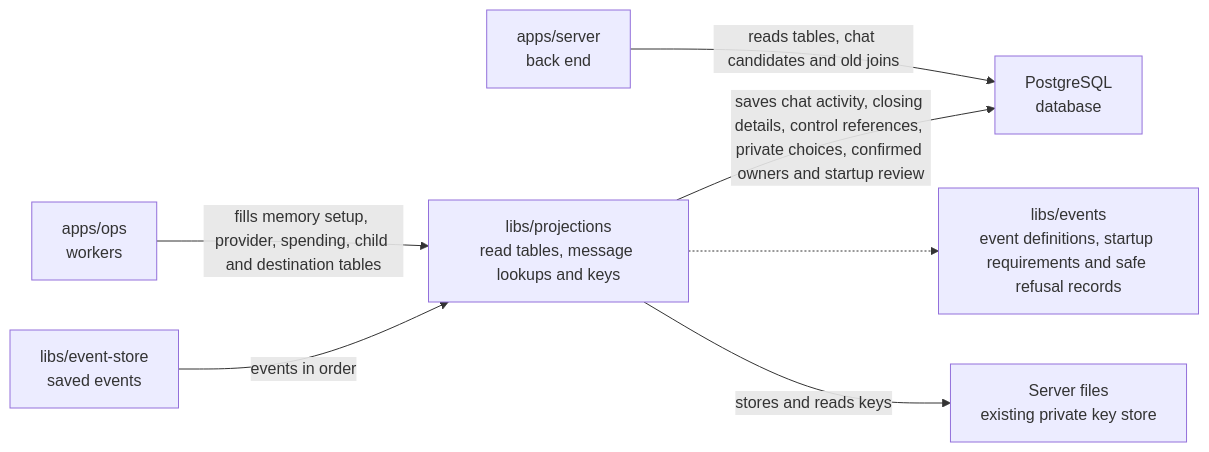
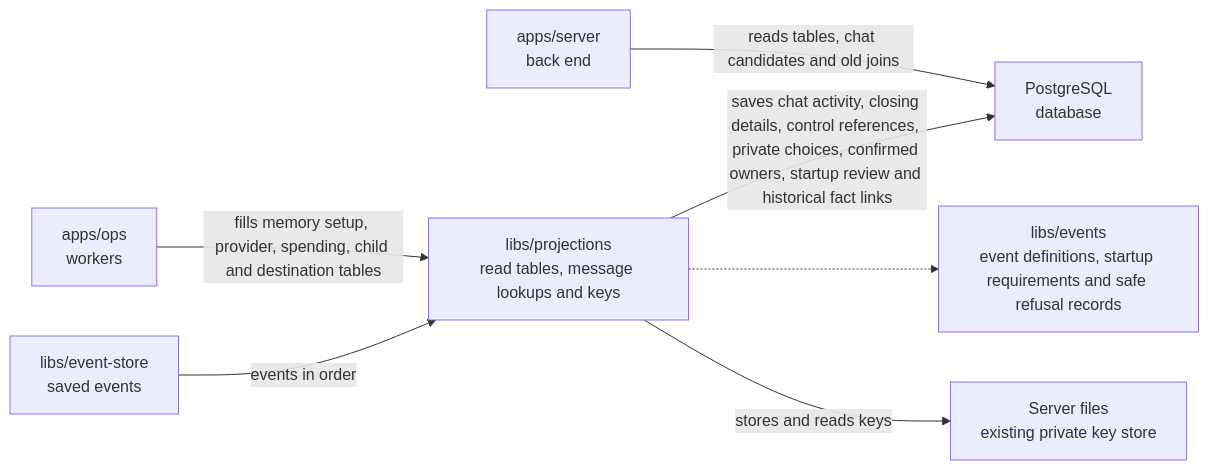
One commit to elewa-git/opencrane-new changed the diagram in libs/projections/README.md. Above: the diagram before and after it, drawn with Mermaid. The commit also changed other lines of this file and 16 other files, not shown here.

````diff
--- a/libs/projections/README.md
+++ b/libs/projections/README.md
@@ -23,9 +23,9 @@
 ```mermaid
 flowchart LR
   ops["apps/ops<br/>workers"] -->|fills memory setup, provider, spending, child and destination tables| projections["libs/projections<br/>read tables, message lookups and keys"]
   server["apps/server<br/>back end"] -->|reads tables, chat candidates and old joins| pg["PostgreSQL<br/>database"]
-  projections -->|saves chat activity, closing details, control references, private choices, confirmed owners and startup review| pg
+  projections -->|saves chat activity, closing details, control references, private choices, confirmed owners, startup review and historical fact links| pg
   store["libs/event-store<br/>saved events"] -->|events in order| projections
   projections -.-> events["libs/events<br/>event definitions, startup requirements and safe refusal records"]
   projections -->|stores and reads keys| keys["Server files<br/>existing private key store"]
 ```
````
